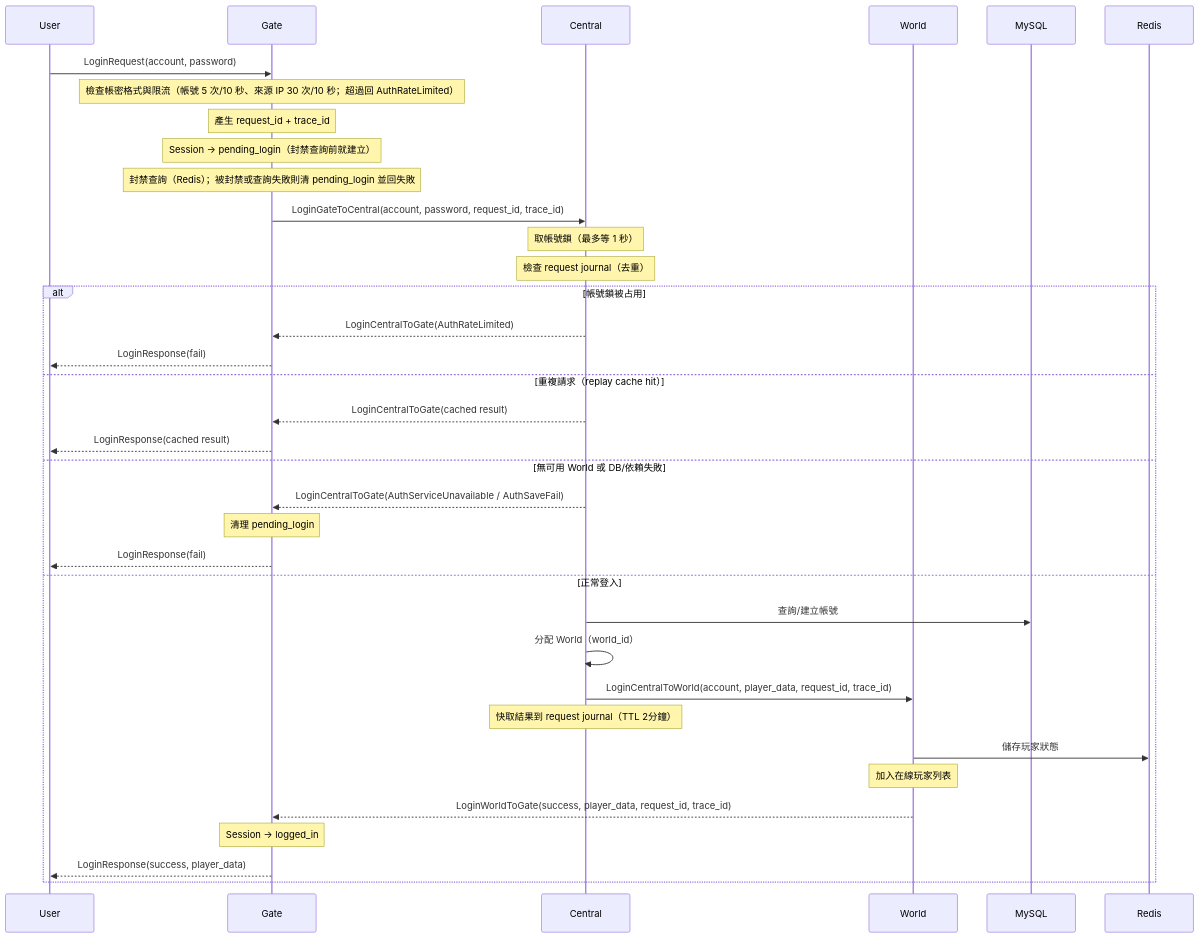
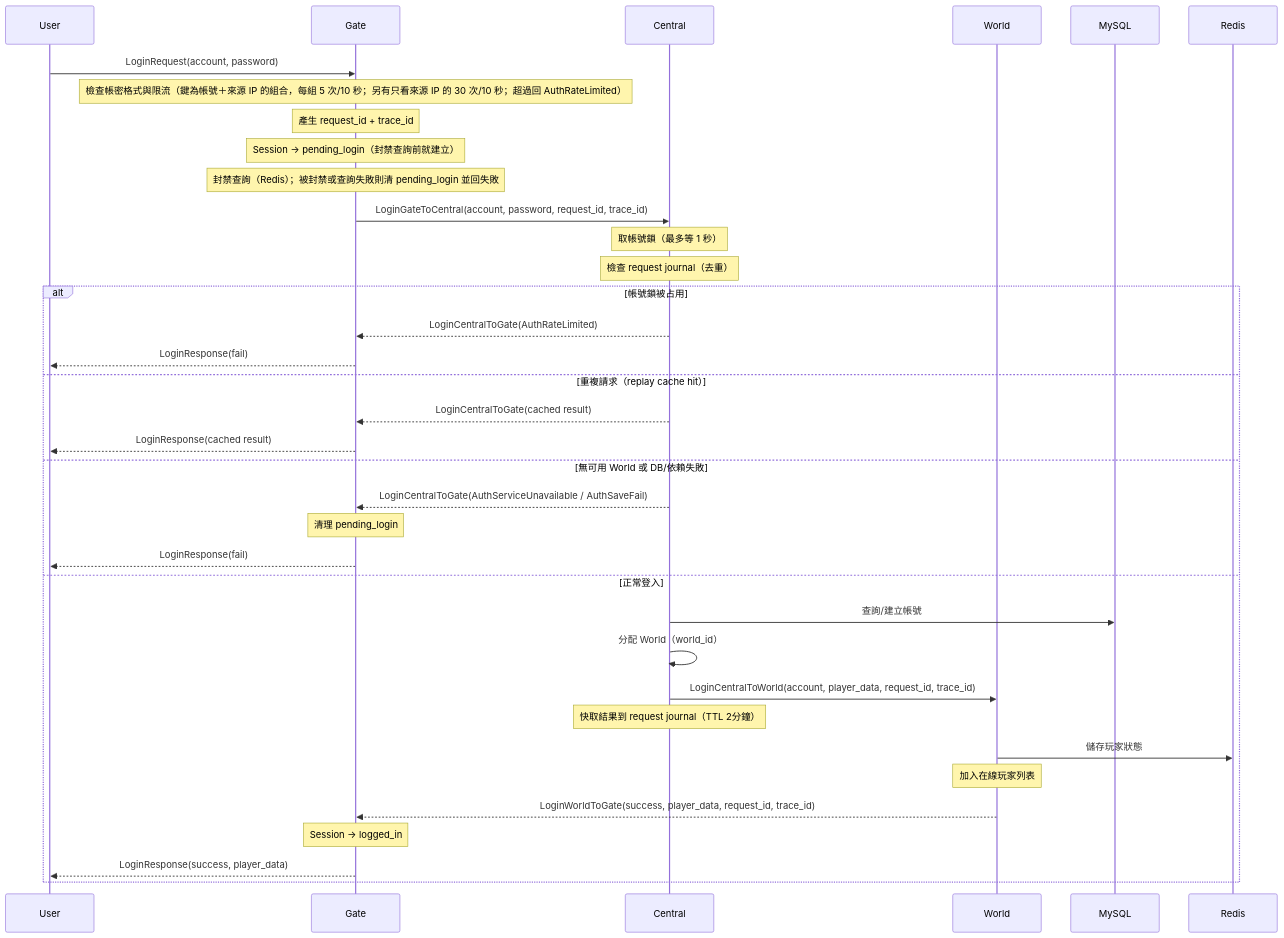
The first of 8 diagrams in 10-核心流程/時序圖.md (koebel0521/docs), drawn with Mermaid before and after one commit. The commit also changed 3 other files, not shown here.

````diff
--- a/10-核心流程/時序圖.md
+++ b/10-核心流程/時序圖.md
@@ -10,44 +10,44 @@
 ```mermaid
 sequenceDiagram
     participant U as User
     participant G as Gate
     participant C as Central
     participant W as World
     participant DB as MySQL
     participant R as Redis
 
     U->>G: LoginRequest(account, password)
-    Note over G: 檢查帳密格式與限流（帳號 5 次/10 秒、來源 IP 30 次/10 秒；超過回 AuthRateLimited）
+    Note over G: 檢查帳密格式與限流（鍵為帳號＋來源 IP 的組合，每組 5 次/10 秒；另有只看來源 IP 的 30 次/10 秒；超過回 AuthRateLimited）
     Note over G: 產生 request_id + trace_id
     Note over G: Session → pending_login（封禁查詢前就建立）
     Note over G: 封禁查詢（Redis）；被封禁或查詢失敗則清 pending_login 並回失敗
 
     G->>C: LoginGateToCentral(account, password, request_id, trace_id)
 
     Note over C: 取帳號鎖（最多等 1 秒）
     Note over C: 檢查 request journal（去重）
 
     alt 帳號鎖被占用
         C-->>G: LoginCentralToGate(AuthRateLimited)
         G-->>U: LoginResponse(fail)
     else 重複請求（replay cache hit）
         C-->>G: LoginCentralToGate(cached result)
         G-->>U: LoginResponse(cached result)
     else 無可用 World 或 DB/依賴失敗
         C-->>G: LoginCentralToGate(AuthServiceUnavailable / AuthSaveFail)
         Note over G: 清理 pending_login
         G-->>U: LoginResponse(fail)
     else 正常登入
         C->>DB: 查詢/建立帳號
         C->>C: 分配 World（world_id）
         C->>W: LoginCentralToWorld(account, player_data, request_id, trace_id)
         Note over C: 快取結果到 request journal（TTL 2分鐘）
 
         W->>R: 儲存玩家狀態
         Note over W: 加入在線玩家列表
         W-->>G: LoginWorldToGate(success, player_data, request_id, trace_id)
 
         Note over G: Session → logged_in
         G-->>U: LoginResponse(success, player_data)
     end
 ```
````
